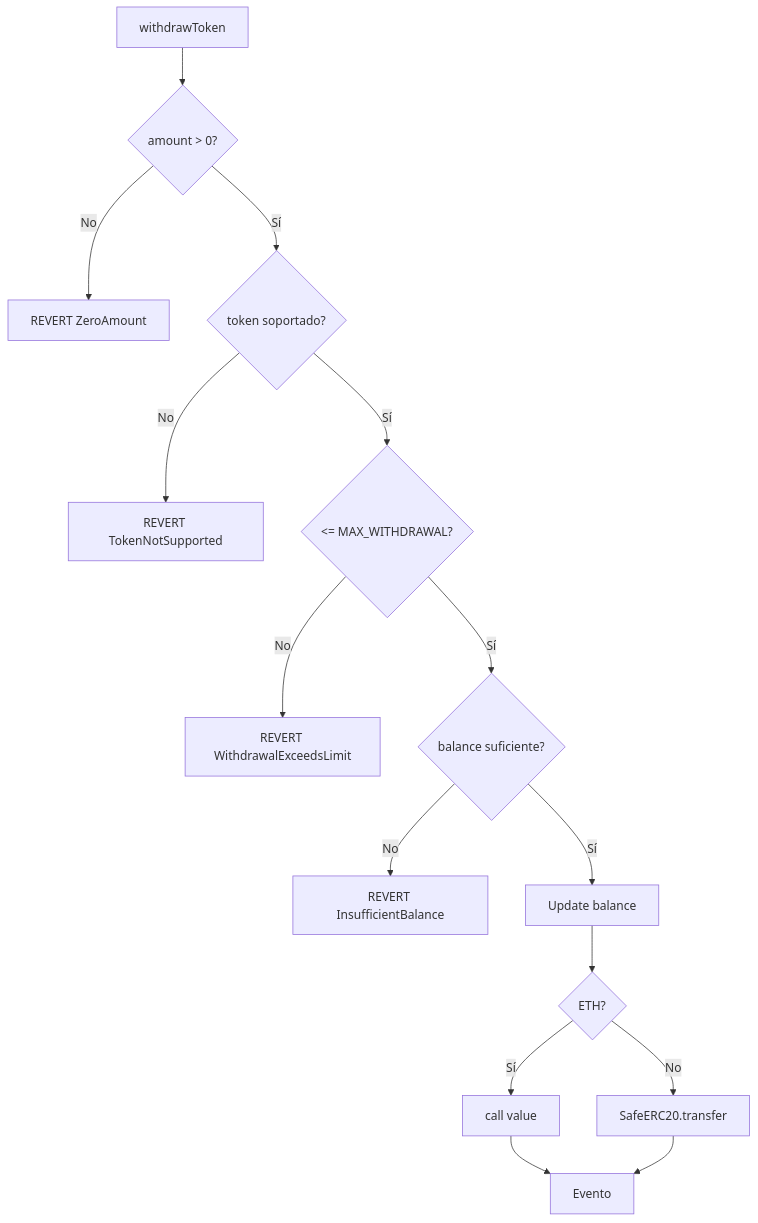
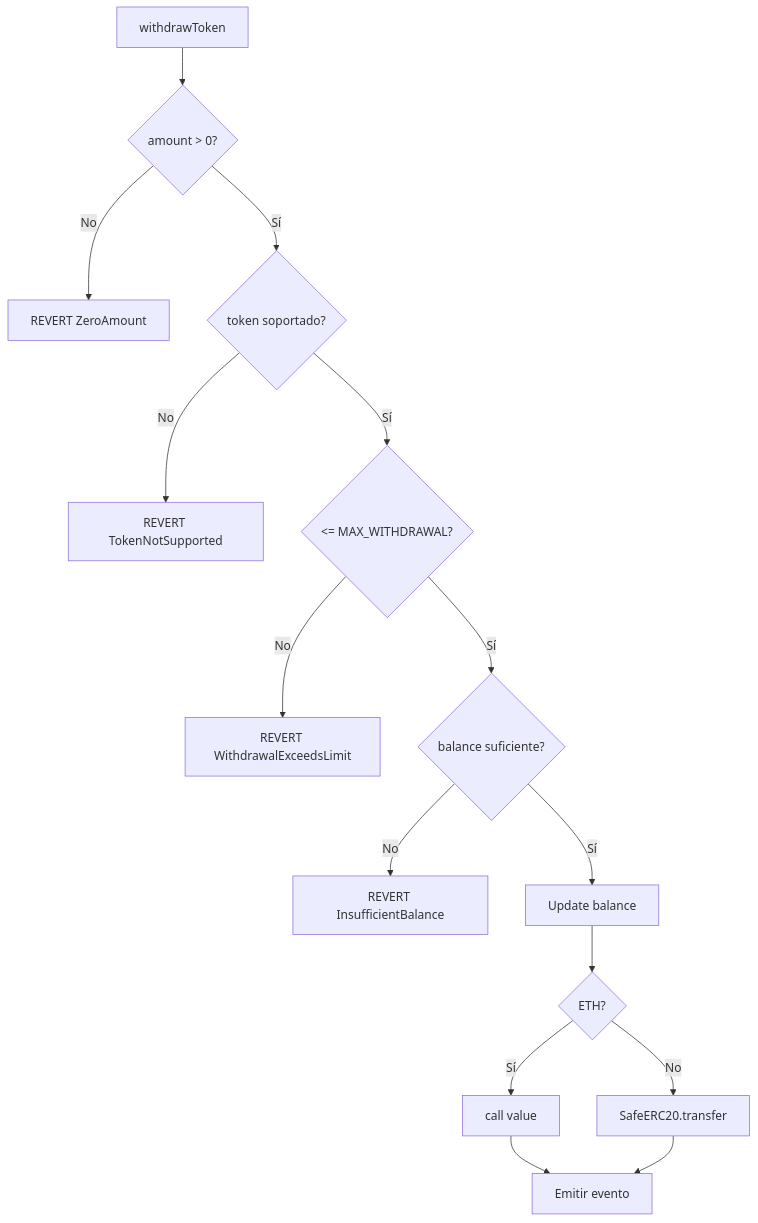
One commit to g-centurion/KipuBankV3 changed the third of 4 diagrams in README.md. Above: the diagram before and after it, drawn with Mermaid. The commit also changed other lines of this file and 1 other file, not shown here.

Commit message:
docs: reorganize README and expand FLOW_DIAGRAMS with technical details

````diff
--- a/README.md
+++ b/README.md
@@ -257,17 +175,17 @@
 ```mermaid
 flowchart TD
    A[withdrawToken] --> B{amount > 0?}
    B -->|No| R[REVERT ZeroAmount]
    B -->|Sí| C{token soportado?}
    C -->|No| S[REVERT TokenNotSupported]
    C -->|Sí| D{<= MAX_WITHDRAWAL?}
    D -->|No| T[REVERT WithdrawalExceedsLimit]
    D -->|Sí| E{balance suficiente?}
    E -->|No| U[REVERT InsufficientBalance]
    E -->|Sí| F[Update balance]
    F --> G{ETH?}
    G -->|Sí| H[call value]
    G -->|No| I[SafeERC20.transfer]
-   H --> J[Evento]
-   I --> J[Evento]
+   H --> J[Emitir evento]
+   I --> J[Emitir evento]
 ```
````
